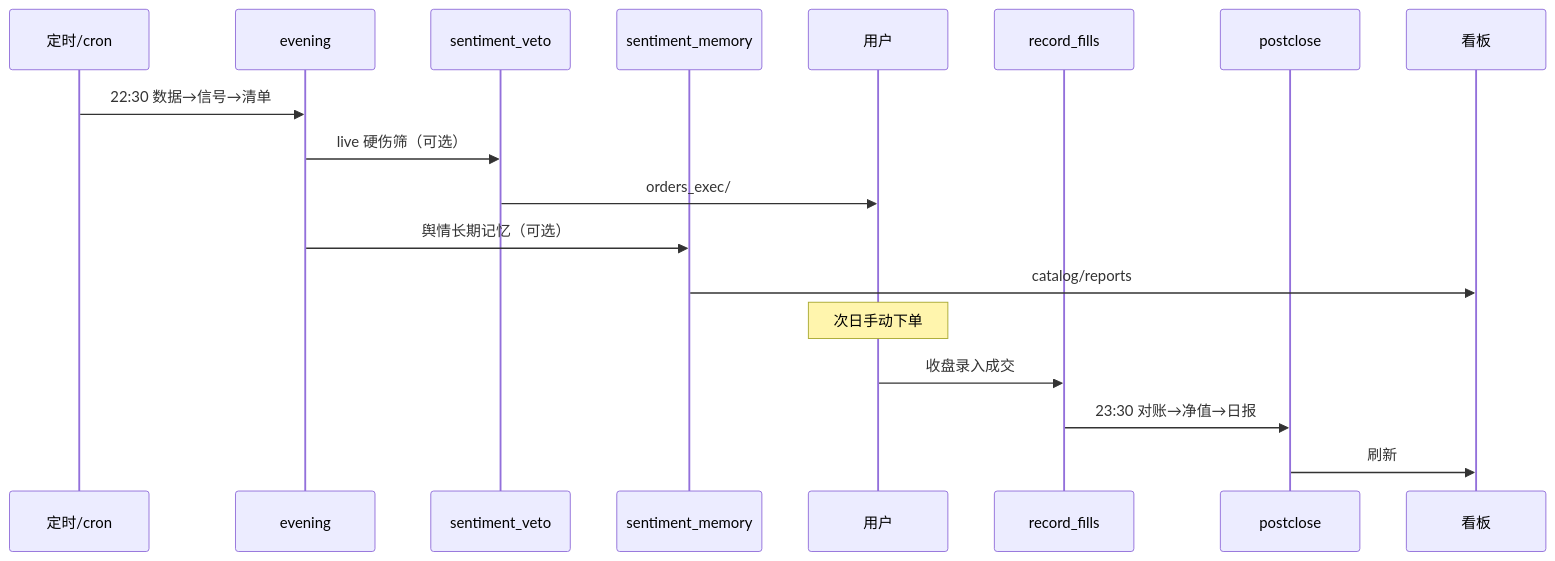
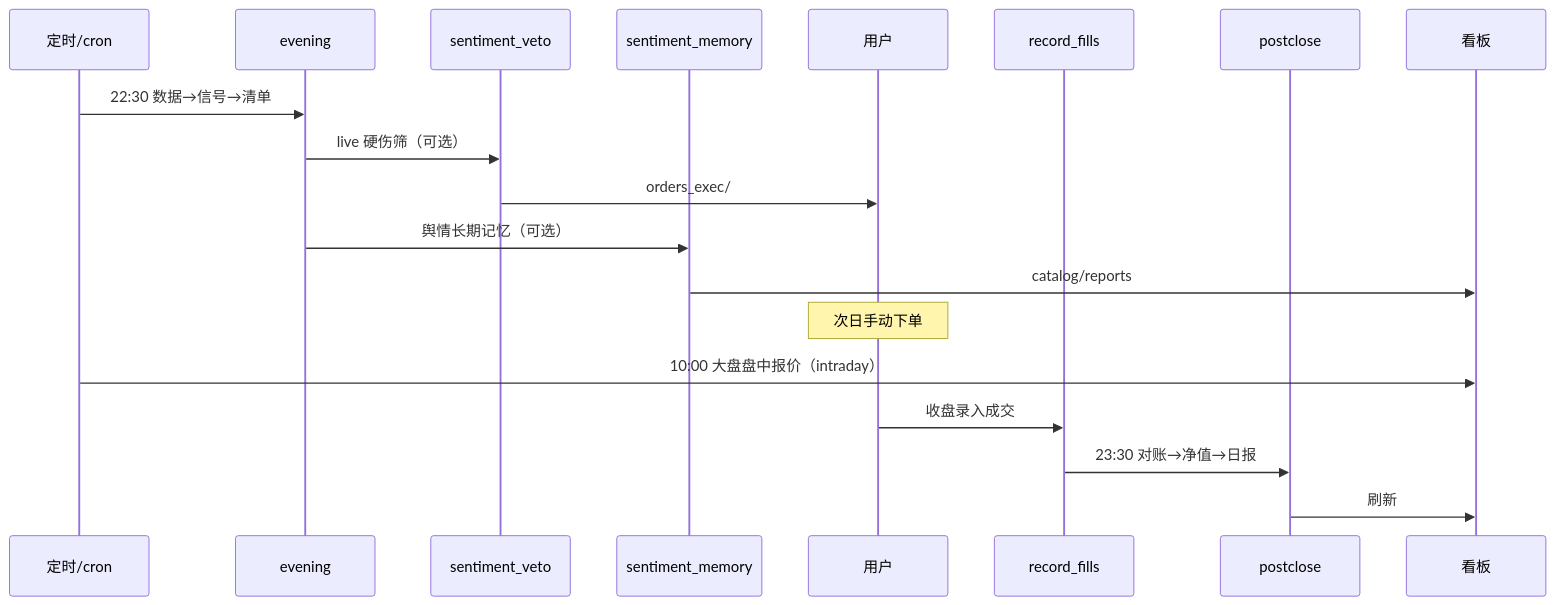
Before and after one commit to abell12134/abq: the third of 4 diagrams in docs/FLOWCHARTS.md, drawn with Mermaid. The commit also changed other lines of this file and 6 other files, not shown here.

````diff
--- a/docs/FLOWCHARTS.md
+++ b/docs/FLOWCHARTS.md
@@ -173,20 +174,21 @@
 ```mermaid
 sequenceDiagram
     participant M as 定时/cron
     participant S as evening
     participant V as sentiment_veto
     participant Mem as sentiment_memory
     participant U as 用户
     participant F as record_fills
     participant P as postclose
     participant W as 看板
     M->>S: 22:30 数据→信号→清单
     S->>V: live 硬伤筛（可选）
     V->>U: orders_exec/
     S->>Mem: 舆情长期记忆（可选）
     Mem->>W: catalog/reports
     Note over U: 次日手动下单
+    M->>W: 10:00 大盘盘中报价（intraday）
     U->>F: 收盘录入成交
     F->>P: 23:30 对账→净值→日报
     P->>W: 刷新
 ```
````
